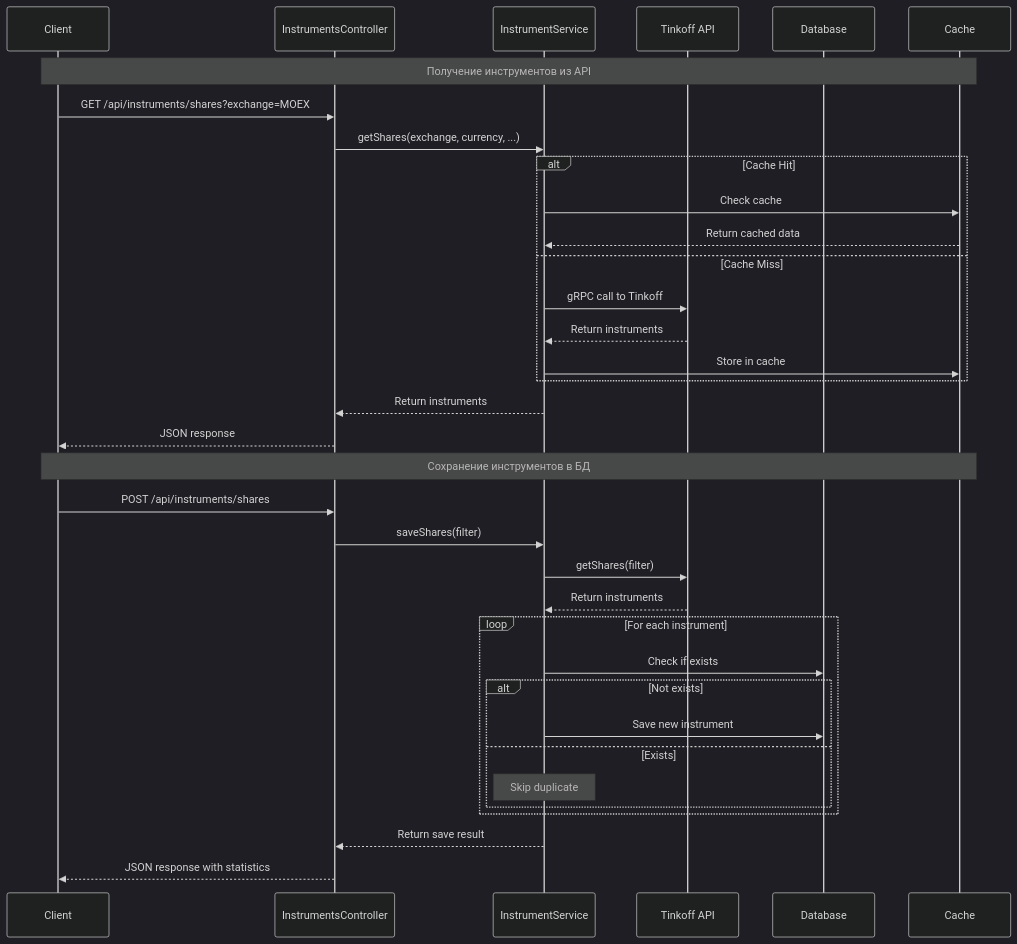
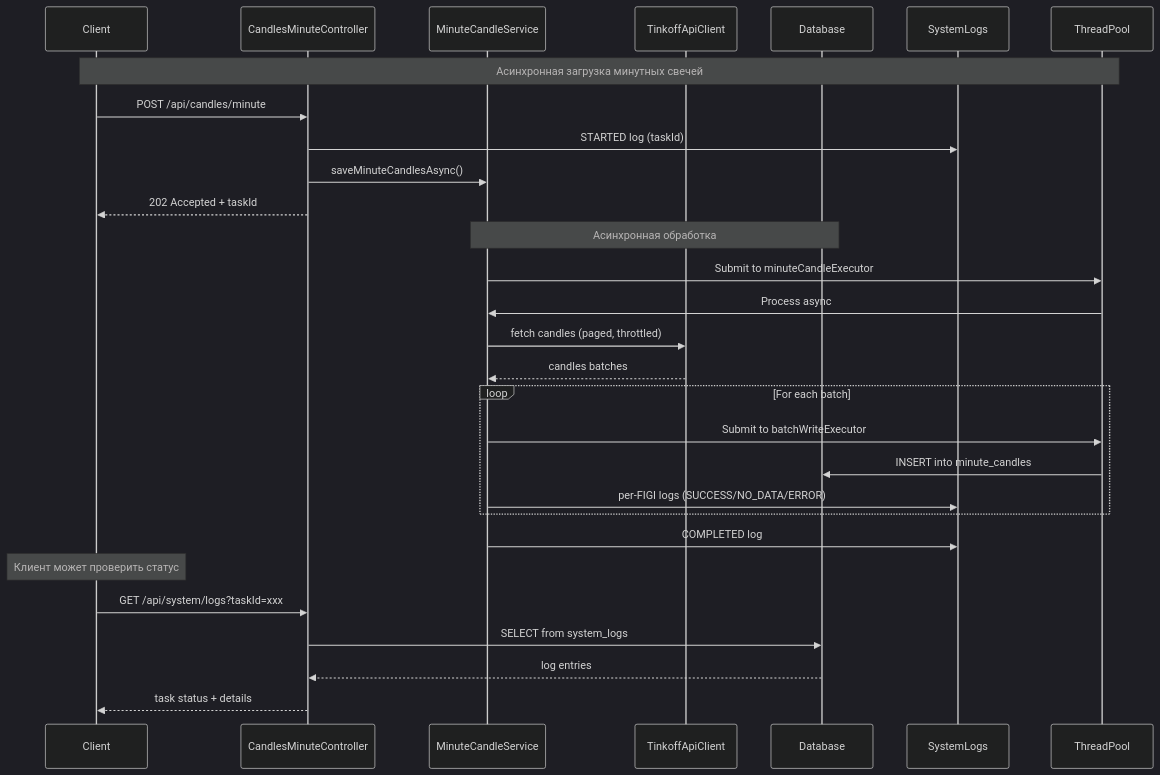
Before and after one commit to Vasilek1993111/InvestmentDataLoaderService: the third of 8 diagrams in docs/diagrams/architecture.md, drawn with Mermaid (dark theme). The commit also changed other lines of this file and 19 other files, not shown here.

````diff
--- a/docs/diagrams/architecture.md
+++ b/docs/diagrams/architecture.md
@@ -156,45 +240,39 @@
 ```mermaid
 sequenceDiagram
   participant C as Client
-  participant IC as InstrumentsController
-  participant IS as InstrumentService
-  participant API as Tinkoff API
+  participant CM as CandlesMinuteController
+  participant MS as MinuteCandleService
+  participant TAPI as TinkoffApiClient
   participant DB as Database
-  participant Cache as Cache
+  participant SL as SystemLogs
+  participant TP as ThreadPool
 
-  Note over C,Cache: Получение инструментов из API
+  Note over C,TP: Асинхронная загрузка минутных свечей
   
-  C->>IC: GET /api/instruments/shares?exchange=MOEX
-  IC->>IS: getShares(exchange, currency, ...)
+  C->>CM: POST /api/candles/minute
+  CM->>SL: STARTED log (taskId)
+  CM->>MS: saveMinuteCandlesAsync()
+  CM-->>C: 202 Accepted + taskId
   
-  alt Cache Hit
-    IS->>Cache: Check cache
-    Cache-->>IS: Return cached data
-  else Cache Miss
-    IS->>API: gRPC call to Tinkoff
-    API-->>IS: Return instruments
-    IS->>Cache: Store in cache
+  Note over MS,DB: Асинхронная обработка
+  
+  MS->>TP: Submit to minuteCandleExecutor
+  TP->>MS: Process async
+  MS->>TAPI: fetch candles (paged, throttled)
+  TAPI-->>MS: candles batches
+  
+  loop For each batch
+    MS->>TP: Submit to batchWriteExecutor
+    TP->>DB: INSERT into minute_candles
+    MS->>SL: per-FIGI logs (SUCCESS/NO_DATA/ERROR)
   end
   
-  IS-->>IC: Return instruments
-  IC-->>C: JSON response
-
-  Note over C,Cache: Сохранение инструментов в БД
+  MS->>SL: COMPLETED log
   
-  C->>IC: POST /api/instruments/shares
-  IC->>IS: saveShares(filter)
-  IS->>API: getShares(filter)
-  API-->>IS: Return instruments
+  Note over C: Клиент может проверить статус
   
-  loop For each instrument
-    IS->>DB: Check if exists
-    alt Not exists
-      IS->>DB: Save new instrument
-    else Exists
-      Note over IS: Skip duplicate
-    end
-  end
-  
-  IS-->>IC: Return save result
-  IC-->>C: JSON response with statistics
+  C->>CM: GET /api/system/logs?taskId=xxx
+  CM->>DB: SELECT from system_logs
+  DB-->>CM: log entries
+  CM-->>C: task status + details
 ```
````
